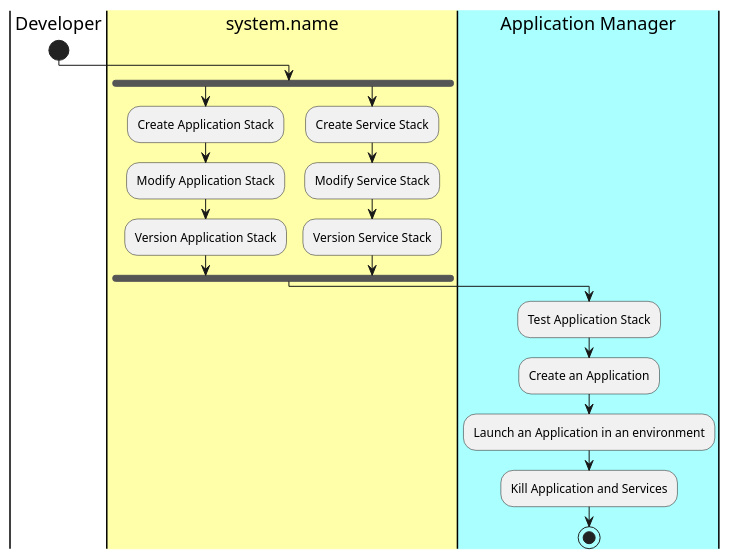
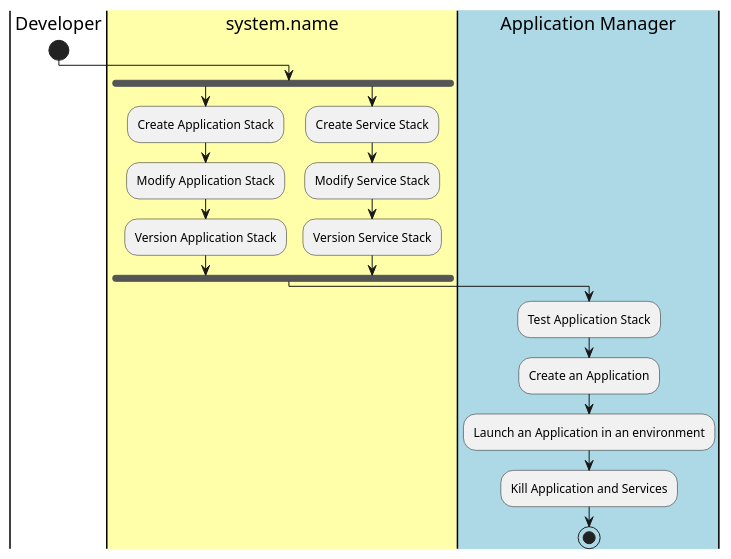
The diagram in docs/Actors/Developer/Workflow.puml (CAADE/CAADE), drawn with PlantUML before and after one commit. The commit also changed 487 other files, not shown here.

```diff
--- a/docs/Actors/Developer/Workflow.puml
+++ b/docs/Actors/Developer/Workflow.puml
@@ -1,20 +1,20 @@
 @startuml
 |Developer|
 start
 |#ffffaa|system.name|
 fork
 :Create Application Stack;
 :Modify Application Stack;
 :Version Application Stack;
 fork again
 :Create Service Stack;
 :Modify Service Stack;
 :Version Service Stack;
 fork end
-|#aaffff|Application Manager|
+|#lightblue|Application Manager|
 :Test Application Stack;
 :Create an Application;
 :Launch an Application in an environment;
 :Kill Application and Services;
 stop
 @enduml
```
